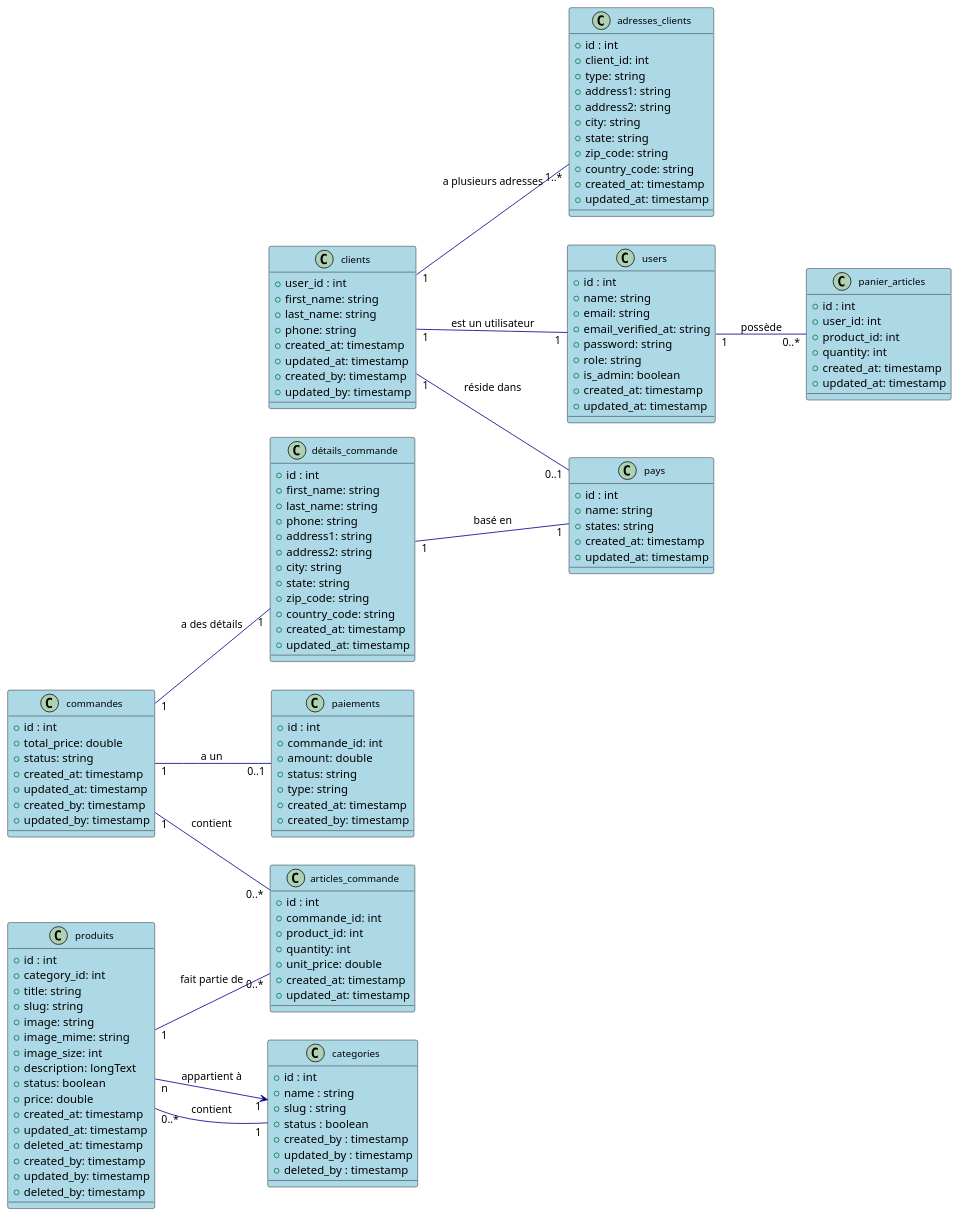
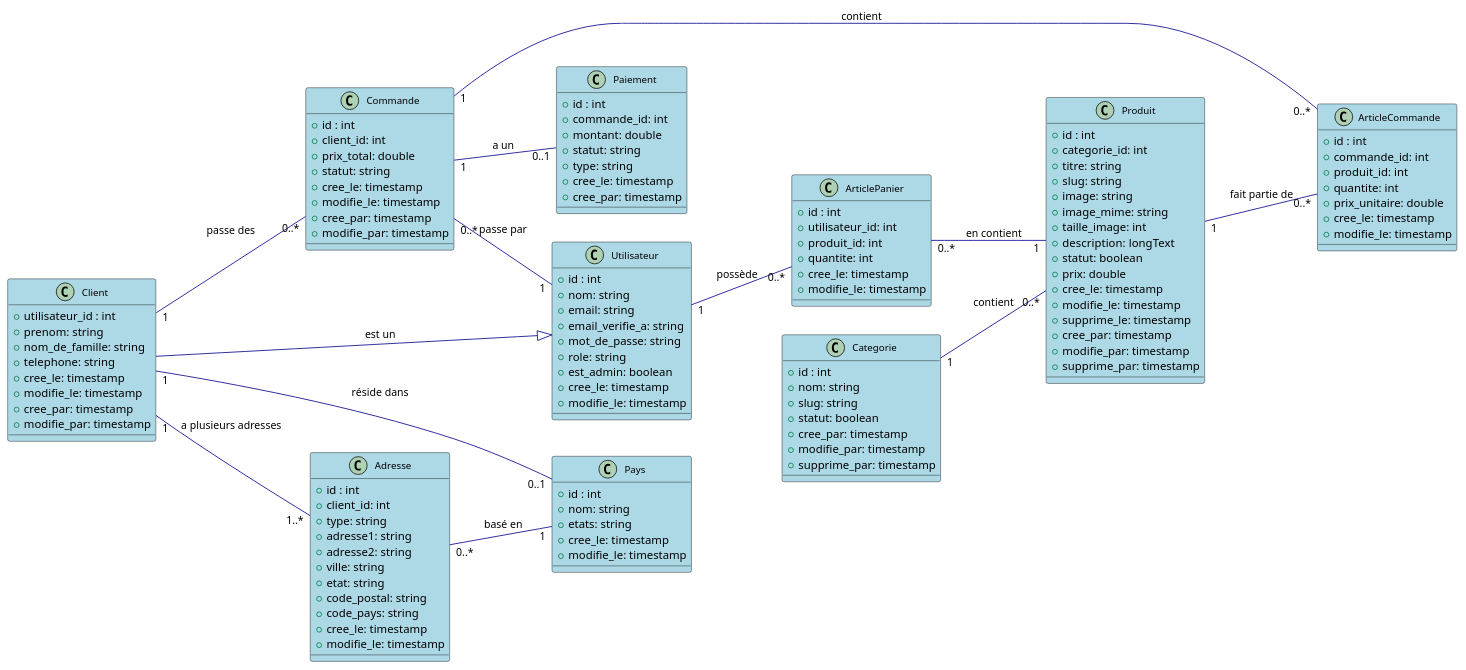
The diagram in DiagramClass.puml (GEVIC21/Soutenance_documents), drawn with PlantUML before and after one commit. The commit also changed 7 other files, not shown here.

```diff
--- a/DiagramClass.puml
+++ b/DiagramClass.puml
@@ -1,158 +1,149 @@
 @startuml
 
 skinparam class {
     BackgroundColor LightBlue
     ArrowColor DarkBlue
     BorderColor Black
     FontSize 12
 }
 
-' Organisation visuelle des classes
 left to right direction
 
-' Mise en place des classes
-class users {
+' Utilisateur et Client
+class Utilisateur {
     +id : int
-    +name: string
+    +nom: string
     +email: string
-    +email_verified_at: string
-    +password: string
+    +email_verifie_a: string
+    +mot_de_passe: string
     +role: string
-    +is_admin: boolean
-    +created_at: timestamp
-    +updated_at: timestamp
+    +est_admin: boolean
+    +cree_le: timestamp
+    +modifie_le: timestamp
 }
 
-class clients {
-    +user_id : int
-    +first_name: string
-    +last_name: string
-    +phone: string
-    +created_at: timestamp
-    +updated_at: timestamp
-    +created_by: timestamp
-    +updated_by: timestamp
+class Client {
+    +utilisateur_id : int
+    +prenom: string
+    +nom_de_famille: string
+    +telephone: string
+    +cree_le: timestamp
+    +modifie_le: timestamp
+    +cree_par: timestamp
+    +modifie_par: timestamp
 }
 
-class adresses_clients {
+' Adresse et Pays
+class Adresse {
     +id : int
     +client_id: int
     +type: string
-    +address1: string
-    +address2: string
-    +city: string
-    +state: string
-    +zip_code: string
-    +country_code: string
-    +created_at: timestamp
-    +updated_at: timestamp
+    +adresse1: string
+    +adresse2: string
+    +ville: string
+    +etat: string
+    +code_postal: string
+    +code_pays: string
+    +cree_le: timestamp
+    +modifie_le: timestamp
 }
 
-class commandes {
+class Pays {
     +id : int
-    +total_price: double
-    +status: string
-    +created_at: timestamp
-    +updated_at: timestamp
-    +created_by: timestamp
-    +updated_by: timestamp
+    +nom: string
+    +etats: string
+    +cree_le: timestamp
+    +modifie_le: timestamp
 }
 
-class articles_commande {
+' Commande et éléments associés
+class Commande {
+    +id : int
+    +client_id: int
+    +prix_total: double
+    +statut: string
+    +cree_le: timestamp
+    +modifie_le: timestamp
+    +cree_par: timestamp
+    +modifie_par: timestamp
+}
+
+class ArticleCommande {
     +id : int
     +commande_id: int
-    +product_id: int
-    +quantity: int
-    +unit_price: double
-    +created_at: timestamp
-    +updated_at: timestamp
+    +produit_id: int
+    +quantite: int
+    +prix_unitaire: double
+    +cree_le: timestamp
+    +modifie_le: timestamp
 }
 
-class détails_commande {
+class Paiement {
     +id : int
-    +first_name: string
-    +last_name: string
-    +phone: string
-    +address1: string
-    +address2: string
-    +city: string
-    +state: string
-    +zip_code: string
-    +country_code: string
-    +created_at: timestamp
-    +updated_at: timestamp
+    +commande_id: int
+    +montant: double
+    +statut: string
+    +type: string
+    +cree_le: timestamp
+    +cree_par: timestamp
 }
 
-class produits {
+' Produit et Catégorie
+class Produit {
     +id : int
-    +category_id: int
-    +title: string
+    +categorie_id: int
+    +titre: string
     +slug: string
     +image: string
     +image_mime: string
-    +image_size: int
+    +taille_image: int
     +description: longText
-    +status: boolean
-    +price: double
-    +created_at: timestamp
-    +updated_at: timestamp
-    +deleted_at: timestamp
-    +created_by: timestamp
-    +updated_by: timestamp
-    +deleted_by: timestamp
+    +statut: boolean
+    +prix: double
+    +cree_le: timestamp
+    +modifie_le: timestamp
+    +supprime_le: timestamp
+    +cree_par: timestamp
+    +modifie_par: timestamp
+    +supprime_par: timestamp
 }
 
-class paiements {
+class Categorie {
     +id : int
-    +commande_id: int
-    +amount: double
-    +status: string
-    +type: string
-    +created_at: timestamp
-    +created_by: timestamp
+    +nom: string
+    +slug: string
+    +statut: boolean
+    +cree_par: timestamp
+    +modifie_par: timestamp
+    +supprime_par: timestamp
 }
 
-class categories {
+' Panier
+class ArticlePanier {
     +id : int
-    +name : string
-    +slug : string
-    +status : boolean
-    +created_by : timestamp
-    +updated_by : timestamp
-    +deleted_by : timestamp
+    +utilisateur_id: int
+    +produit_id: int
+    +quantite: int
+    +cree_le: timestamp
+    +modifie_le: timestamp
 }
 
-class panier_articles {
-    +id : int
-    +user_id: int
-    +product_id: int
-    +quantity: int
-    +created_at: timestamp
-    +updated_at: timestamp
-}
+' Relations
+Client --|> Utilisateur : "est un"
+Client "1" -- "1..*" Adresse : "a plusieurs adresses"
+Client "1" -- "0..1" Pays : "réside dans"
+Client "1" -- "0..*" Commande : "passe des"
 
-class pays {
-    +id : int
-    +name: string
-    +states: string
-    +created_at: timestamp
-    +updated_at: timestamp
-}
+Commande "1" -- "0..*" ArticleCommande : "contient"
+Commande "1" -- "0..1" Paiement : "a un"
+Commande "0..*" -- "1" Utilisateur : "passe par"
 
-' Relations entre les classes
-clients "1" -- "1" users : "est un utilisateur"
-clients "1" -- "1..*" adresses_clients : "a plusieurs adresses"
-clients "1" -- "0..1" pays : "réside dans"
+Produit "1" -- "0..*" ArticleCommande : "fait partie de"
+Categorie "1" -- "0..*" Produit : "contient"
 
-commandes "1" -- "0..*" articles_commande : "contient"
-commandes "1" -- "1" détails_commande : "a des détails"
-commandes "1" -- "0..1" paiements : "a un"
+Utilisateur "1" -- "0..*" ArticlePanier : "possède"
+ArticlePanier "0..*" -- "1" Produit : "en contient"
 
-produits "1" -- "0..*" articles_commande : "fait partie de"
-produits "n" --> "1" categories : "appartient à"
-categories "1" -- "0..*" produits : "contient"
-
-users "1" -- "0..*" panier_articles : "possède"
-détails_commande "1" -- "1" pays : "basé en"
+Adresse "0..*" -- "1" Pays : "basé en"
 
 @enduml
```
